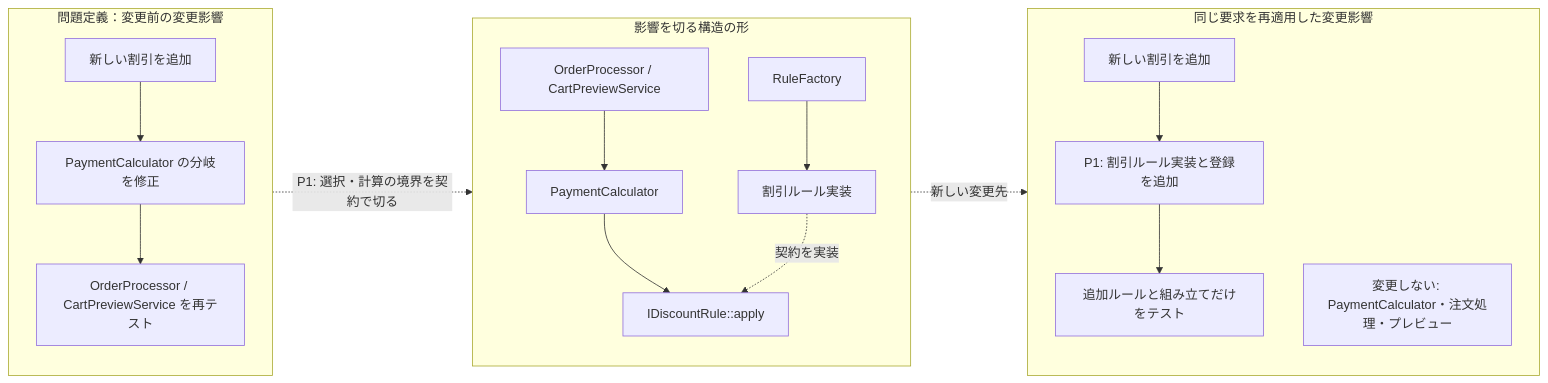
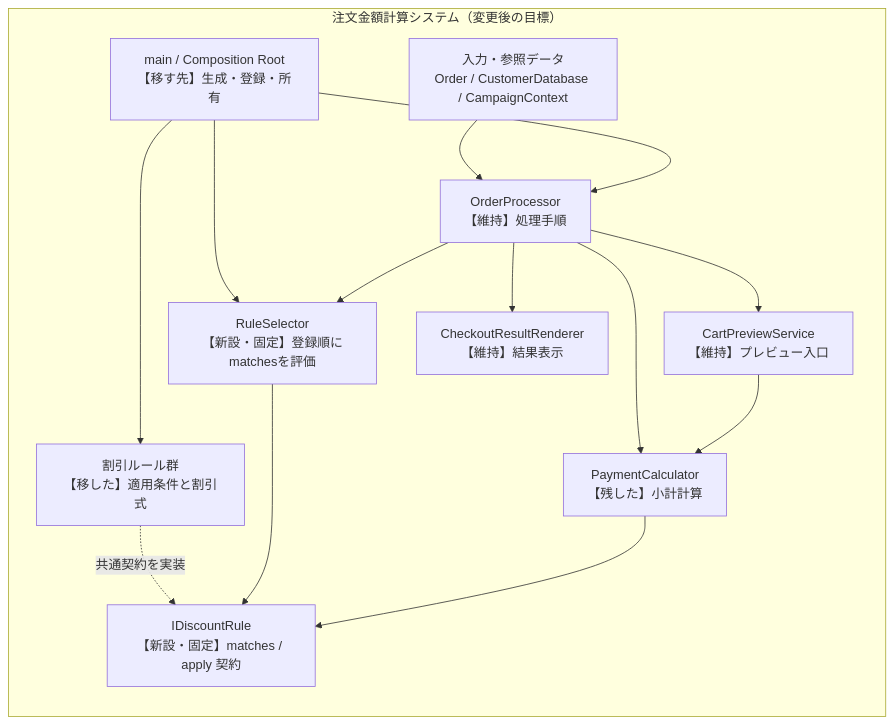
The sixth of 12 diagrams in kindle/design-patterns/output/chapter01.md (kumachan1101-pixel/DesignPattern), drawn with Mermaid before and after one commit. The commit also changed other lines of this file and 1 other file, not shown here.

````diff
--- a/kindle/design-patterns/output/chapter01.md
+++ b/kindle/design-patterns/output/chapter01.md
@@ -1053,23 +1125,27 @@
 ```mermaid
-flowchart LR
-    subgraph Pain["問題定義：変更前の変更影響"]
+flowchart TB
+    subgraph SYS["注文金額計算システム（変更後の目標）"]
         direction TB
-        CR["新しい割引を追加"] --> C1["PaymentCalculator の分岐を修正"]
-        C1 --> C2["OrderProcessor / CartPreviewService を再テスト"]
+        INPUT["入力・参照データ<br>Order / CustomerDatabase / CampaignContext"]
+        ROOT["main / Composition Root<br>【移す先】生成・登録・所有"]
+        OP["OrderProcessor<br>【維持】処理手順"]
+        CP["CartPreviewService<br>【維持】プレビュー入口"]
+        OUT["CheckoutResultRenderer<br>【維持】結果表示"]
+        RS["RuleSelector<br>【新設・固定】登録順にmatchesを評価"]
+        PC["PaymentCalculator<br>【残した】小計計算"]
+        R["IDiscountRule<br>【新設・固定】matches / apply 契約"]
+        G["割引ルール群<br>【移した】適用条件と割引式"]
+        INPUT --> OP
+        ROOT --> OP
+        ROOT --> RS
+        ROOT --> G
+        OP --> RS
+        OP --> PC
+        OP --> CP
+        OP --> OUT
+        CP --> PC
+        G -.->|共通契約を実装| R
+        RS --> R
+        PC --> R
     end
-    subgraph TargetStructure["影響を切る構造の形"]
-        direction TB
-        U["OrderProcessor / CartPreviewService"] --> PC["PaymentCalculator"]
-        PC --> R["IDiscountRule::apply"]
-        RI["割引ルール実装"] -. "契約を実装" .-> R
-        F["RuleFactory"] --> RI
-    end
-    subgraph Result["同じ要求を再適用した変更影響"]
-        direction TB
-        IR["新しい割引を追加"] --> I1["P1: 割引ルール実装と登録を追加"]
-        I1 --> I2["追加ルールと組み立てだけをテスト"]
-        IS["変更しない: PaymentCalculator・注文処理・プレビュー"]
-    end
-    C1 -. "P1: 選択・計算の境界を契約で切る" .-> R
-    R -. "新しい変更先" .-> I1
 ```
````
